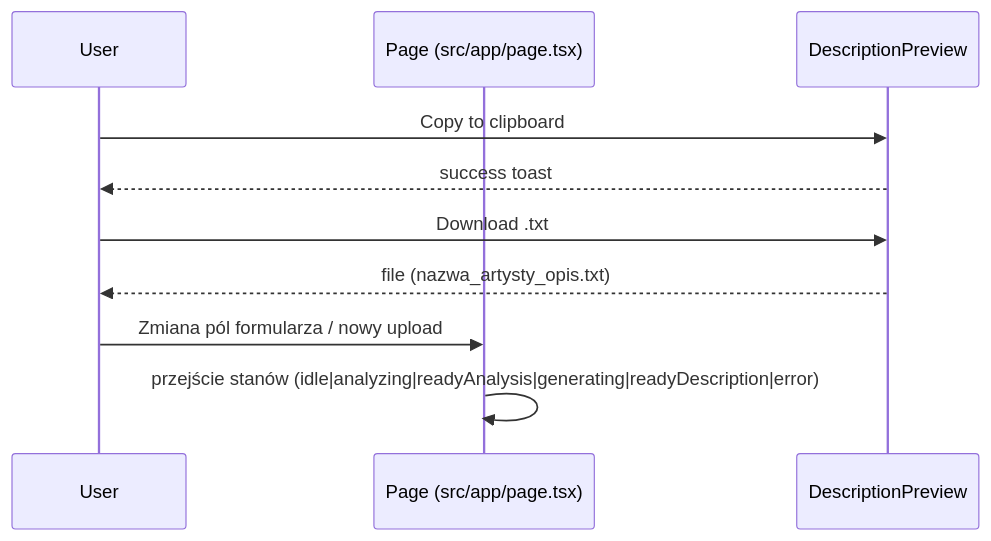
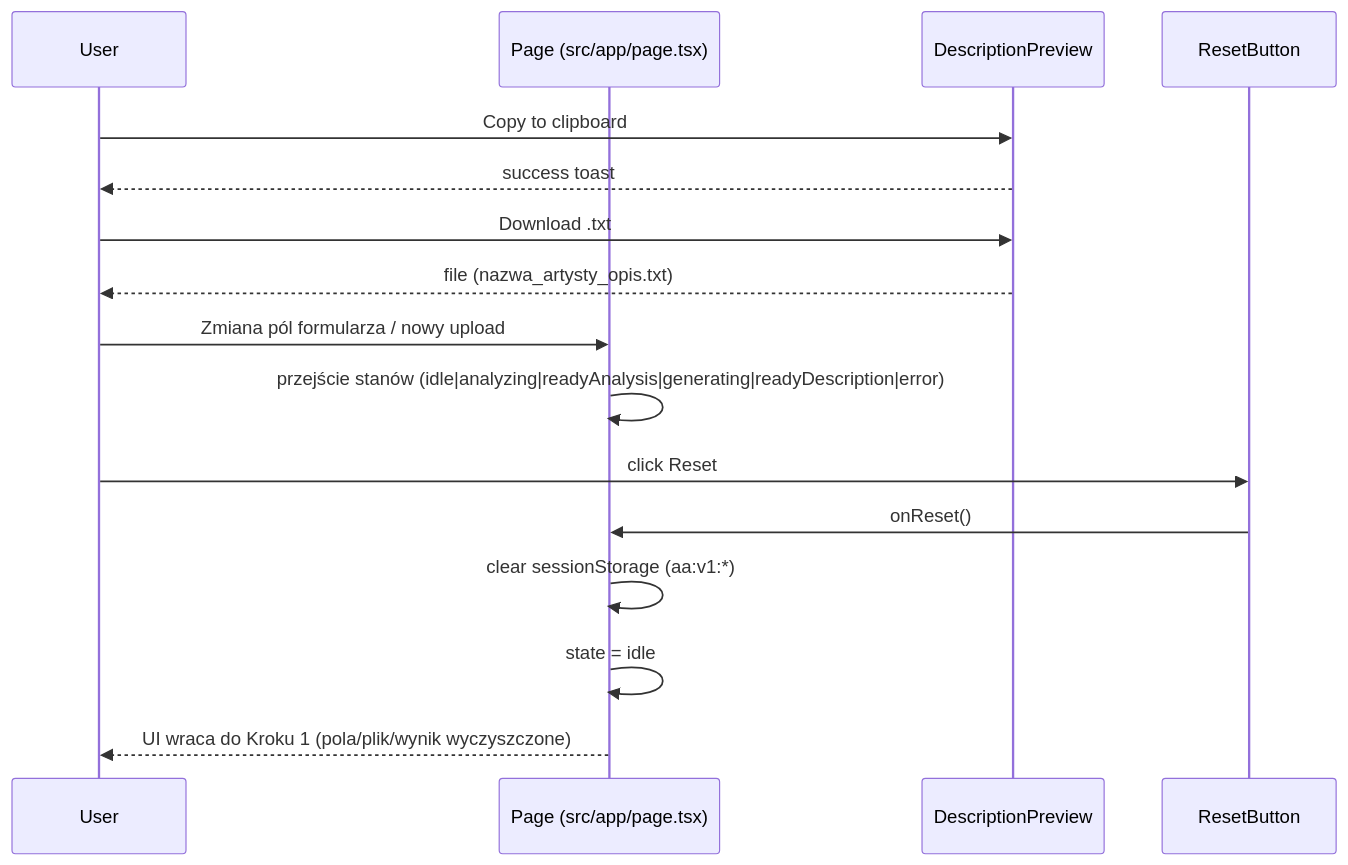
The third of 3 diagrams in docs/architecture.md (RafalWojciechRolsky/artist-amplifier), drawn with Mermaid before and after one commit. The commit also changed other lines of this file and 5 other files, not shown here.

Commit message:
refactor: simplify MVP architecture by merging BFF endpoints and removing streaming

````diff
--- a/docs/architecture.md
+++ b/docs/architecture.md
@@ -453,14 +382,21 @@
 ```mermaid
 sequenceDiagram
   participant U as User
   participant P as Page (src/app/page.tsx)
   participant D as DescriptionPreview
+  participant R as ResetButton
 
   U->>D: Copy to clipboard
   D-->>U: success toast
   U->>D: Download .txt
   D-->>U: file (nazwa_artysty_opis.txt)
 
   U->>P: Zmiana pól formularza / nowy upload
   P->>P: przejście stanów (idle|analyzing|readyAnalysis|generating|readyDescription|error)
+
+  U->>R: click Reset
+  R->>P: onReset()
+  P->>P: clear sessionStorage (aa:v1:*)
+  P->>P: state = idle
+  P-->>U: UI wraca do Kroku 1 (pola/plik/wynik wyczyszczone)
 ```
````
